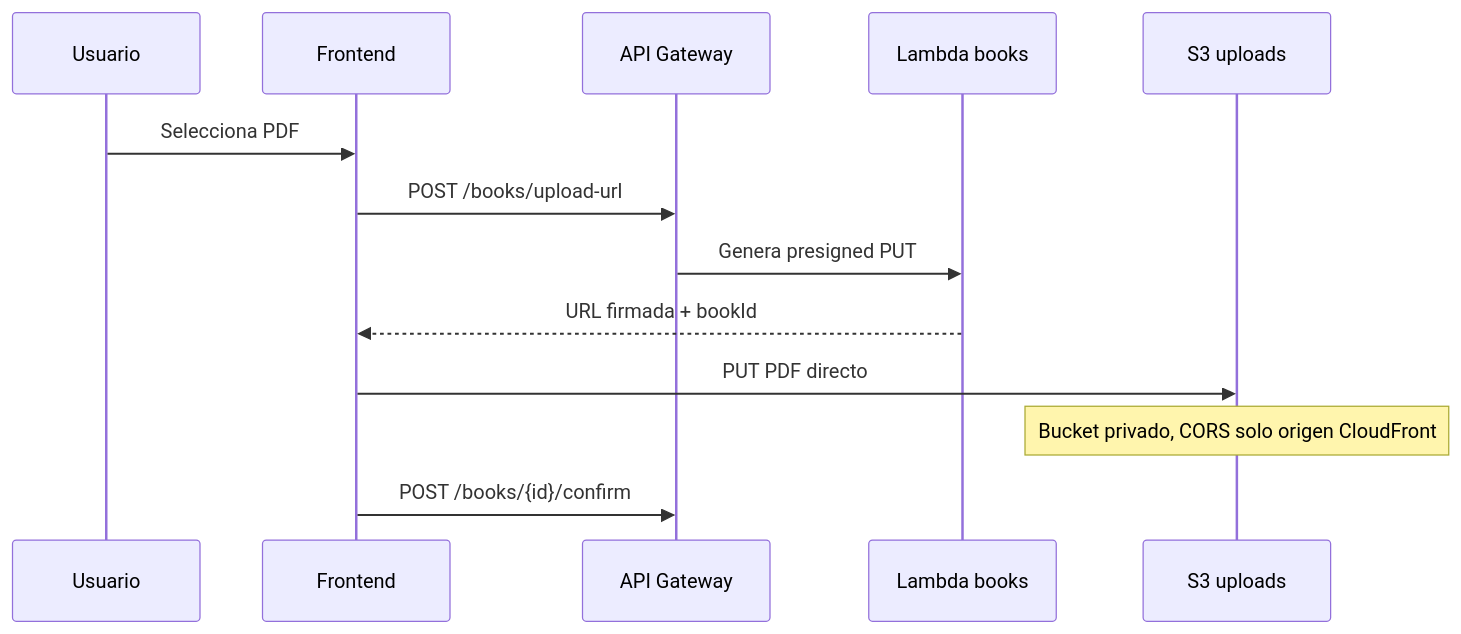
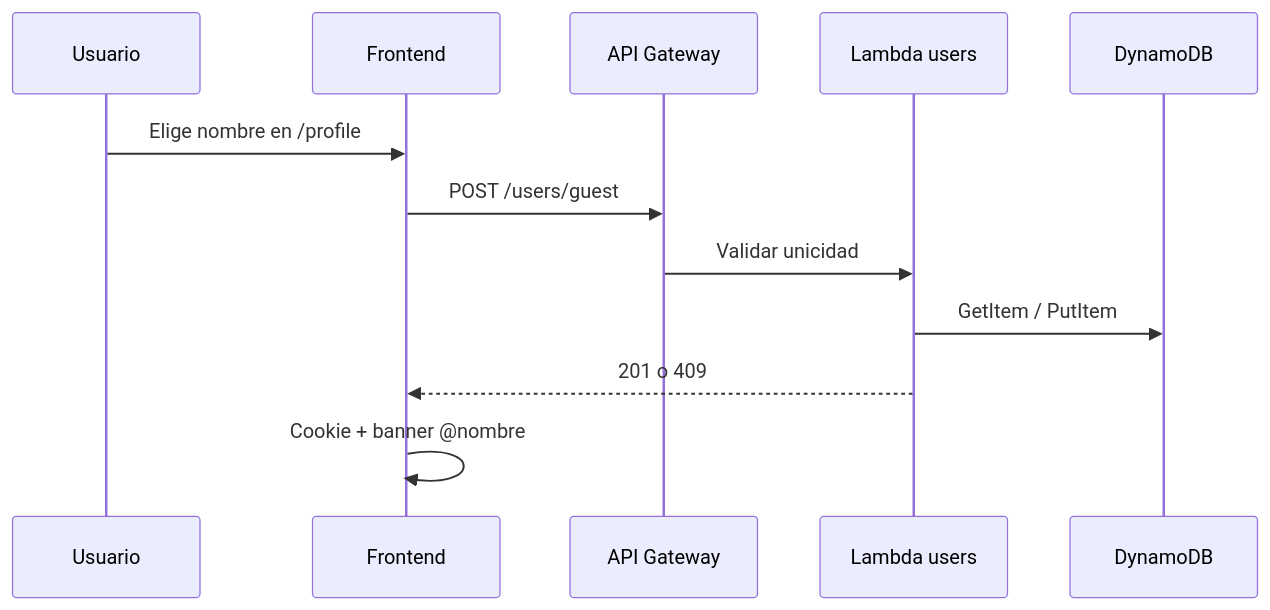
Before and after one commit to JosthinAyonC/chapterquest-serverless-app: the sixth of 6 diagrams in docs/Architecture.md, drawn with Mermaid. The commit also changed other lines of this file and 6 other files, not shown here.

Commit message:
docs: update README with detailed product specifications and architecture overview

````diff
--- a/docs/Architecture.md
+++ b/docs/Architecture.md
@@ -130,16 +178,15 @@
 ```mermaid
 sequenceDiagram
   participant U as Usuario
   participant FE as Frontend
   participant API as API Gateway
-  participant L as Lambda books
-  participant S3 as S3 uploads
+  participant L as Lambda users
+  participant D as DynamoDB
 
-  U->>FE: Selecciona PDF
-  FE->>API: POST /books/upload-url
-  API->>L: Genera presigned PUT
-  L-->>FE: URL firmada + bookId
-  FE->>S3: PUT PDF directo
-  Note over S3: Bucket privado, CORS solo origen CloudFront
-  FE->>API: POST /books/{id}/confirm
+  U->>FE: Elige nombre en /profile
+  FE->>API: POST /users/guest
+  API->>L: Validar unicidad
+  L->>D: GetItem / PutItem
+  L-->>FE: 201 o 409
+  FE->>FE: Cookie + banner @nombre
 ```
````
